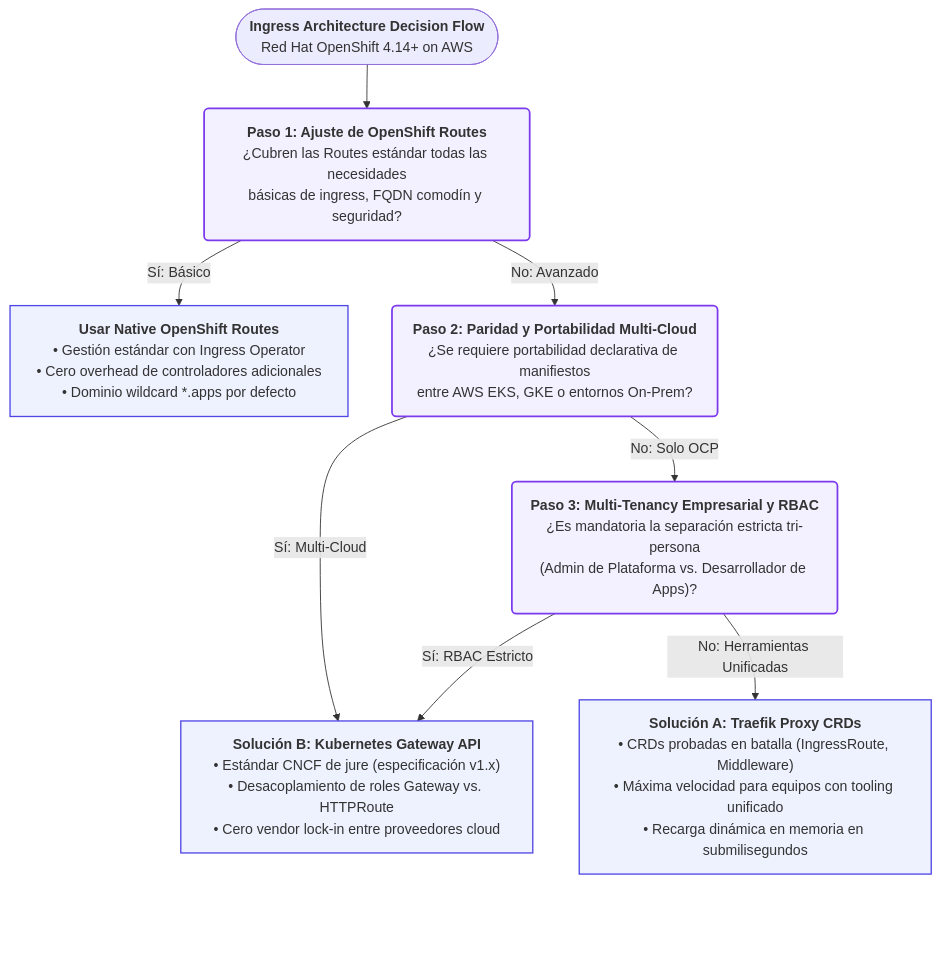
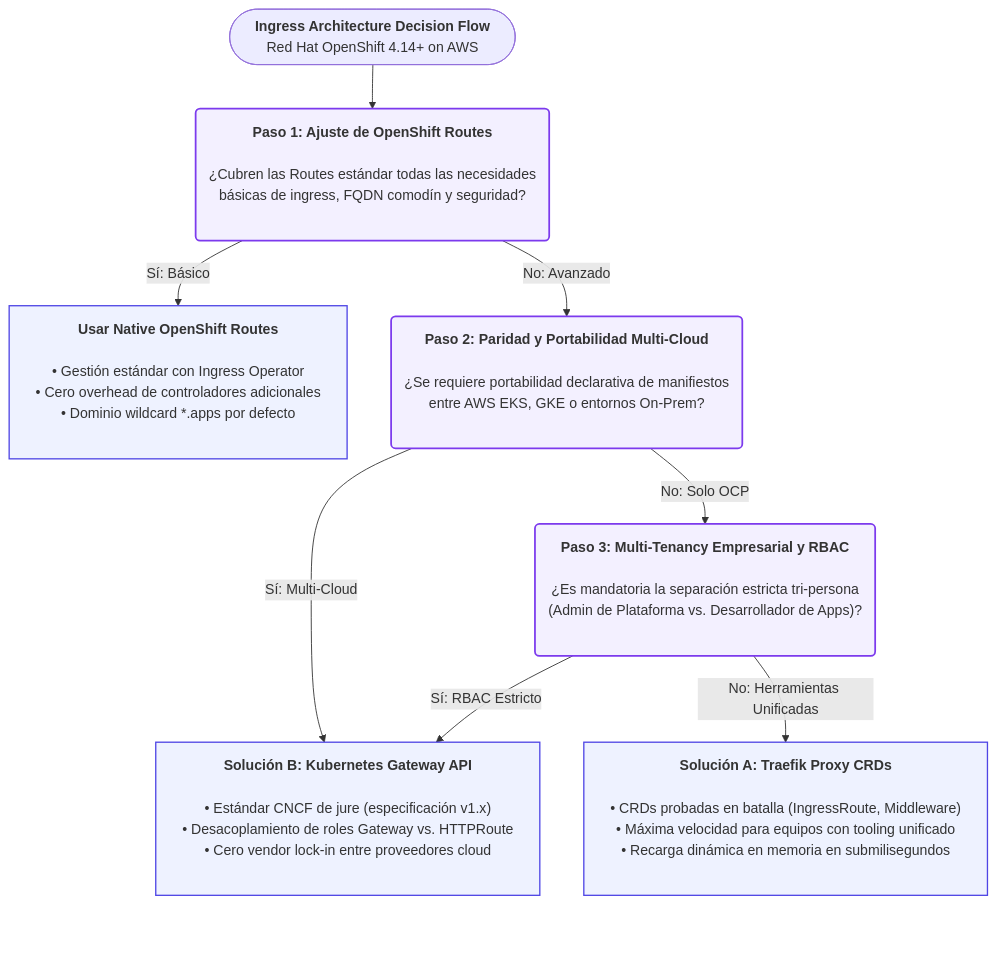
Before and after one commit to nubenetes/traefik-fqdn-management-poc-openshift-aws: the first of 2 diagrams in LINKEDIN_NEWSLETTER_ES.md, drawn with Mermaid. The commit also changed other lines of this file and 1 other file, not shown here.

Commit message:
docs(newsletter): expand mermaid box dimensions, node padding, and wrapping widths

````diff
--- a/LINKEDIN_NEWSLETTER_ES.md
+++ b/LINKEDIN_NEWSLETTER_ES.md
@@ -90,37 +90,37 @@
 ```mermaid
-%%{init: {"flowchart": {"wrappingWidth": 340, "nodePadding": 24}}}%%
+%%{init: {"flowchart": {"wrappingWidth": 440, "nodePadding": 30, "diagramPadding": 32}}}%%
 flowchart TD
-    Start(["<b>Ingress Architecture Decision Flow</b><br/>Red Hat OpenShift 4.14+ on AWS"])
+    Start(["&nbsp;&nbsp;&nbsp;<b>Ingress Architecture Decision Flow</b>&nbsp;&nbsp;&nbsp;<br/>&nbsp;&nbsp;&nbsp;Red Hat OpenShift 4.14+ on AWS&nbsp;&nbsp;&nbsp;"])
 
-    D1("<b>Paso 1: Ajuste de OpenShift Routes</b><br/>¿Cubren las Routes estándar todas las necesidades<br/>básicas de ingress, FQDN comodín y seguridad?")
+    D1("<b>Paso 1: Ajuste de OpenShift Routes</b><br/><br/>¿Cubren las Routes estándar todas las necesidades<br/>básicas de ingress, FQDN comodín y seguridad?<br/>&nbsp;")
 
-    NativeRoute["<b>Usar Native OpenShift Routes</b><br/>• Gestión estándar con Ingress Operator<br/>• Cero overhead de controladores adicionales<br/>• Dominio wildcard *.apps por defecto"]
+    NativeRoute["<b>Usar Native OpenShift Routes</b><br/><br/>• Gestión estándar con Ingress Operator<br/>• Cero overhead de controladores adicionales<br/>• Dominio wildcard *.apps por defecto<br/>&nbsp;"]
 
-    D2("<b>Paso 2: Paridad y Portabilidad Multi-Cloud</b><br/>¿Se requiere portabilidad declarativa de manifiestos<br/>entre AWS EKS, GKE o entornos On-Prem?")
+    D2("<b>Paso 2: Paridad y Portabilidad Multi-Cloud</b><br/><br/>¿Se requiere portabilidad declarativa de manifiestos<br/>entre AWS EKS, GKE o entornos On-Prem?<br/>&nbsp;")
 
-    D3("<b>Paso 3: Multi-Tenancy Empresarial y RBAC</b><br/>¿Es mandatoria la separación estricta tri-persona<br/>(Admin de Plataforma vs. Desarrollador de Apps)?")
+    D3("<b>Paso 3: Multi-Tenancy Empresarial y RBAC</b><br/><br/>¿Es mandatoria la separación estricta tri-persona<br/>(Admin de Plataforma vs. Desarrollador de Apps)?<br/>&nbsp;")
 
-    SolB["<b>Solución B: Kubernetes Gateway API</b><br/>• Estándar CNCF de jure (especificación v1.x)<br/>• Desacoplamiento de roles Gateway vs. HTTPRoute<br/>• Cero vendor lock-in entre proveedores cloud"]
+    SolB["<b>Solución B: Kubernetes Gateway API</b><br/><br/>• Estándar CNCF de jure (especificación v1.x)<br/>• Desacoplamiento de roles Gateway vs. HTTPRoute<br/>• Cero vendor lock-in entre proveedores cloud<br/>&nbsp;"]
 
-    SolA["<b>Solución A: Traefik Proxy CRDs</b><br/>• CRDs probadas en batalla (IngressRoute, Middleware)<br/>• Máxima velocidad para equipos con tooling unificado<br/>• Recarga dinámica en memoria en submilisegundos"]
+    SolA["<b>Solución A: Traefik Proxy CRDs</b><br/><br/>• CRDs probadas en batalla (IngressRoute, Middleware)<br/>• Máxima velocidad para equipos con tooling unificado<br/>• Recarga dinámica en memoria en submilisegundos<br/>&nbsp;"]
 
     Start --> D1
     D1 -->|"Sí: Básico"| NativeRoute
     D1 -->|"No: Avanzado"| D2
 
     D2 -->|"Sí: Multi-Cloud"| SolB
     D2 -->|"No: Solo OCP"| D3
 
     D3 -->|"Sí: RBAC Estricto"| SolB
     D3 -->|"No: Herramientas Unificadas"| SolA
 
     SolB ~~~ PadB[" "]
     SolA ~~~ PadA[" "]
 
     classDef decision fill:#f3f0ff,stroke:#7c3aed,stroke-width:2px;
     classDef outcome fill:#eef2ff,stroke:#4f46e5,stroke-width:1.5px;
     class D1,D2,D3 decision;
     class NativeRoute,SolA,SolB outcome;
     style PadA fill:none,stroke:none;
     style PadB fill:none,stroke:none;
 ```
````
